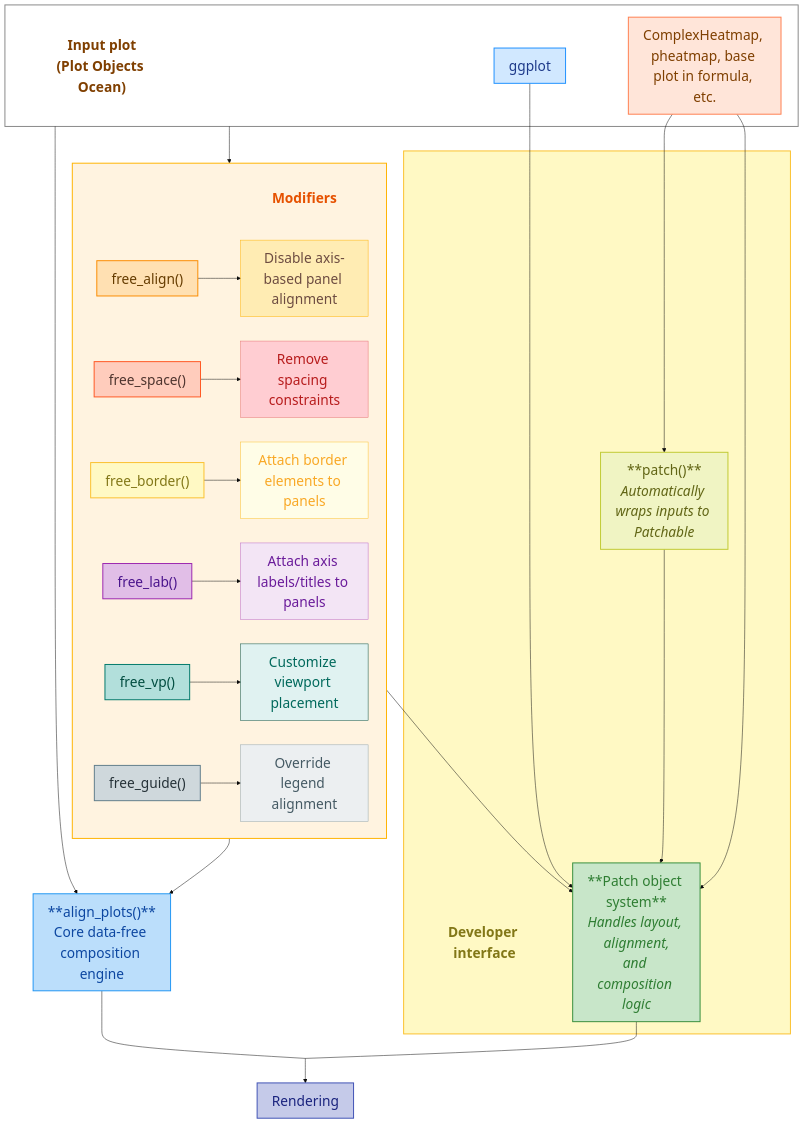
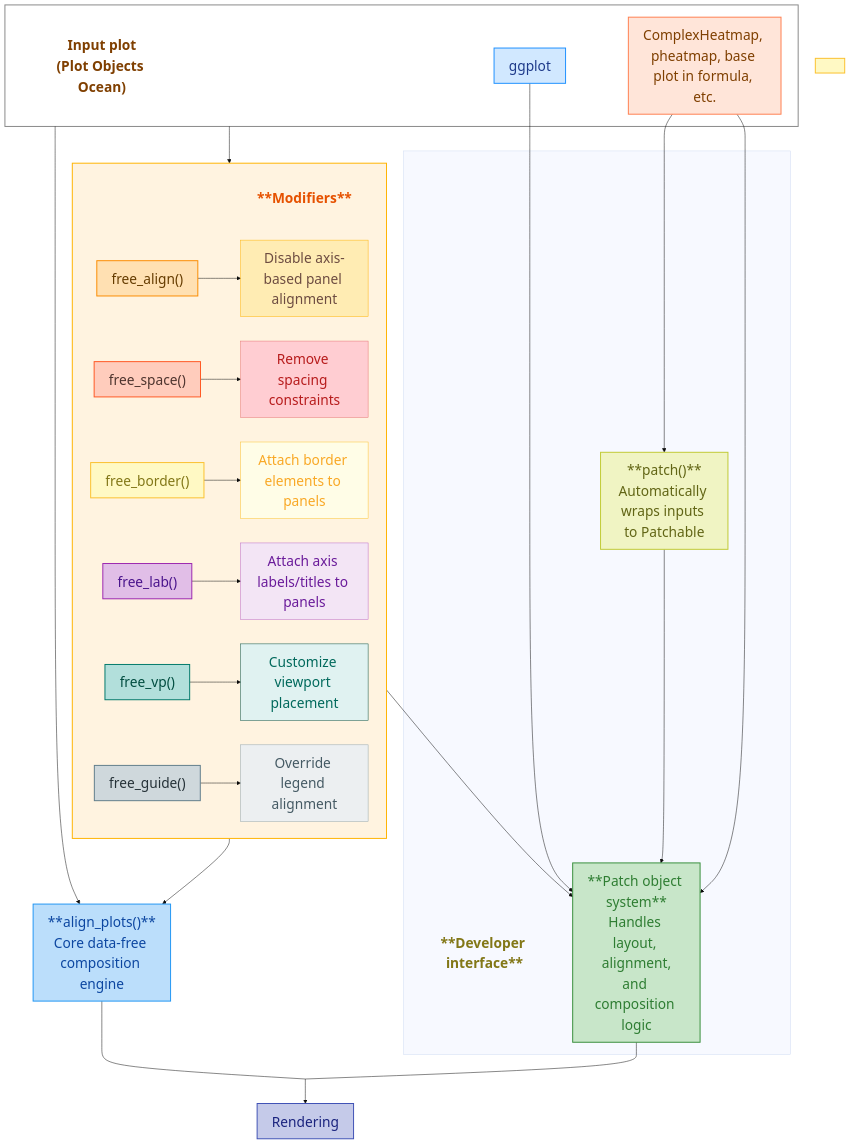
Before and after one commit to Yunuuuu/ggalign-book: the first of 2 diagrams in introduction.qmd, drawn with Mermaid (base theme). The commit also changed other lines of this file, not shown here.

Commit message:
add chart for data-aware composition

```diff
--- a/introduction.qmd
+++ b/introduction.qmd
@@ -88,16 +88,16 @@
     end
 
     %% Developer Interface subgraph with title node
-    subgraph Internal[" "]
-        InternalTitle["Developer interface"]
-        style InternalTitle fill:none,stroke:none,color:#827717,font-weight:bold,font-size:28px
-        PatchFn["**patch()**<br><i>Automatically wraps inputs to Patchable</i>"]
-        Patch["**Patch object system**<br><i>Handles layout, alignment,<br>and composition logic</i>"]
+    subgraph PatchGraph[" "]
+        PatchGraphTitle["**Developer interface**"]
+        style PatchGraphTitle fill:none,stroke:none,color:#827717,font-weight:bold,font-size:28px
+        PatchFn["**patch()**<br>Automatically wraps inputs to Patchable"]
+        Patch["**Patch object system**<br>Handles layout, alignment,<br>and composition logic"]
     end
 
     %% Modifiers subgraph with title node
     subgraph Modifiers[" "]
-        ModifiersTitle["Modifiers"]
+        ModifiersTitle["**Modifiers**"]
         style ModifiersTitle fill:none,stroke:none,color:#E65100,font-weight:bold,font-size:28px
         F1["free_align()"]
         F1Desc["Disable axis-based panel alignment"]
```
